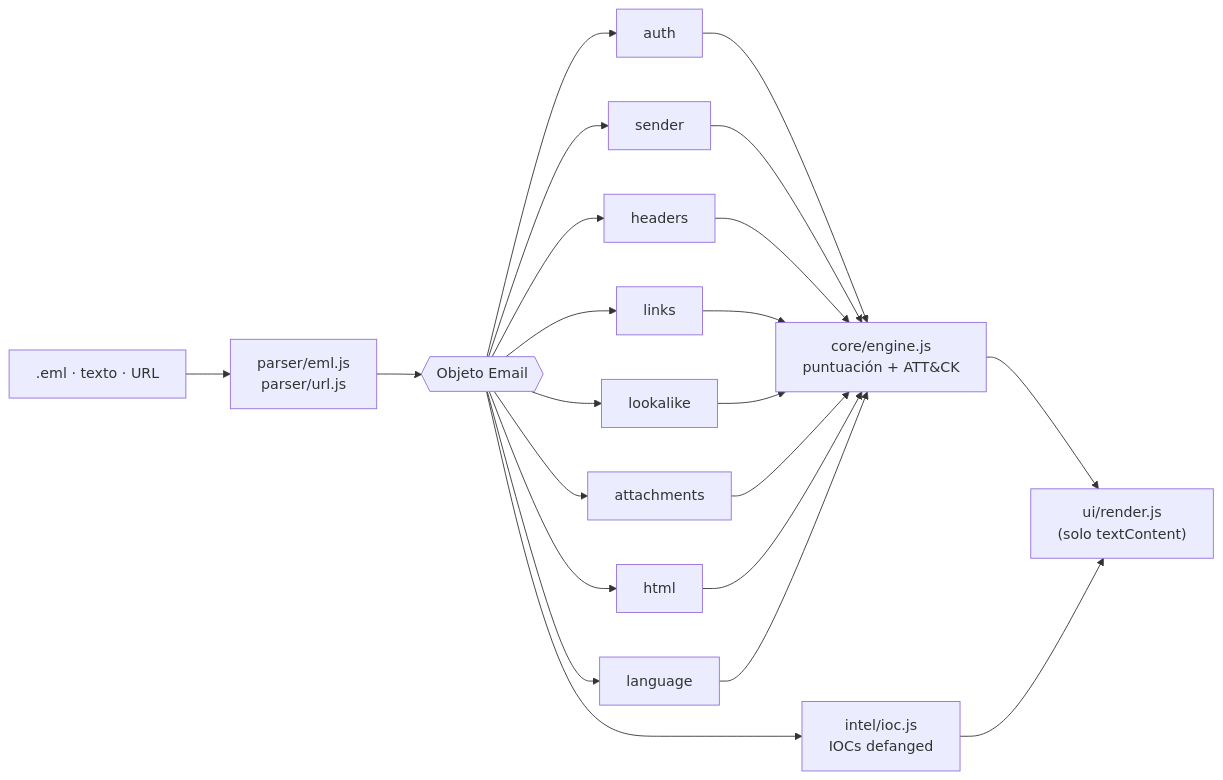
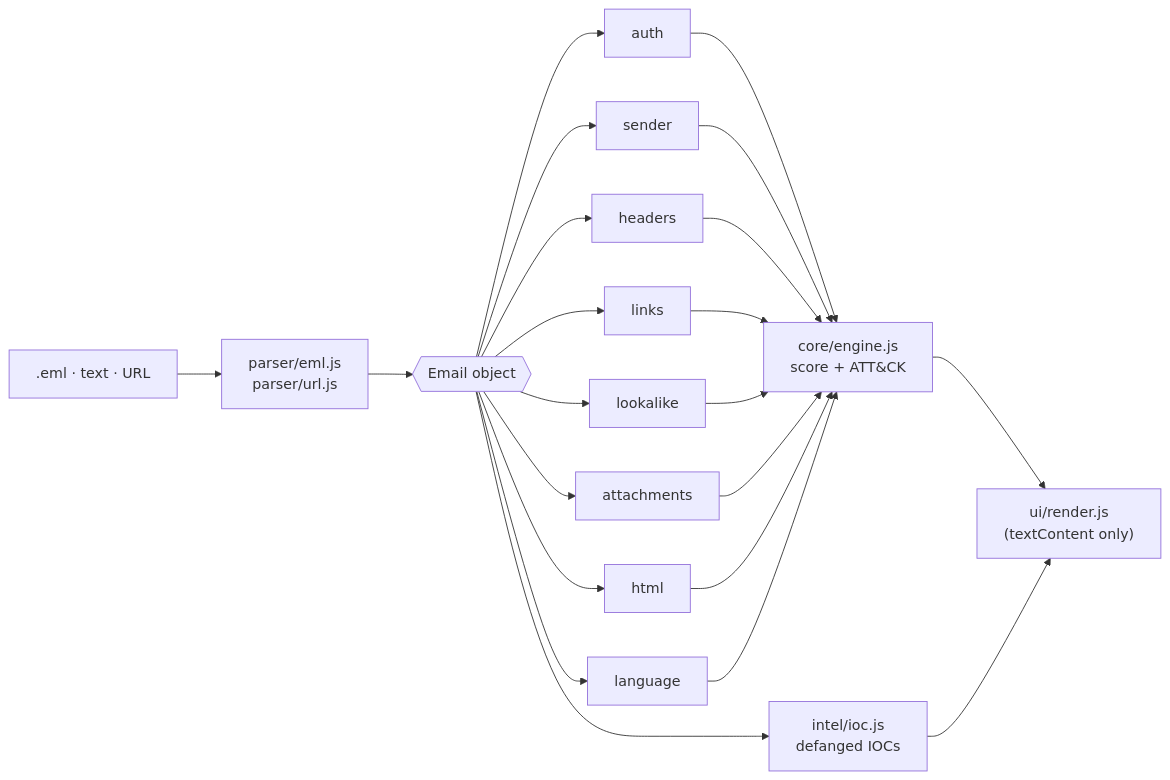
One commit to ManzaXx/PhishLens changed the diagram in README.md. Above: the diagram before and after it, drawn with Mermaid. The commit also changed other lines of this file and 1 other file, not shown here.

````diff
--- a/README.md
+++ b/README.md
@@ -127,9 +131,9 @@
 ```mermaid
 flowchart LR
-  A[".eml · texto · URL"] --> B["parser/eml.js<br/>parser/url.js"]
-  B --> C{{"Objeto Email"}}
+  A[".eml · text · URL"] --> B["parser/eml.js<br/>parser/url.js"]
+  B --> C{{"Email object"}}
   C --> D1[auth] & D2[sender] & D3[headers] & D4[links] & D5[lookalike] & D6[attachments] & D7[html] & D8[language]
-  D1 & D2 & D3 & D4 & D5 & D6 & D7 & D8 --> E["core/engine.js<br/>puntuación + ATT&CK"]
-  C --> F["intel/ioc.js<br/>IOCs defanged"]
-  E & F --> G["ui/render.js<br/>(solo textContent)"]
+  D1 & D2 & D3 & D4 & D5 & D6 & D7 & D8 --> E["core/engine.js<br/>score + ATT&CK"]
+  C --> F["intel/ioc.js<br/>defanged IOCs"]
+  E & F --> G["ui/render.js<br/>(textContent only)"]
 ```
````
